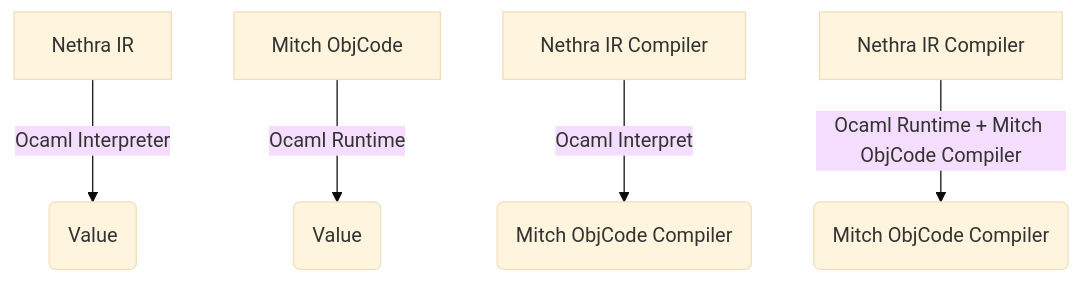
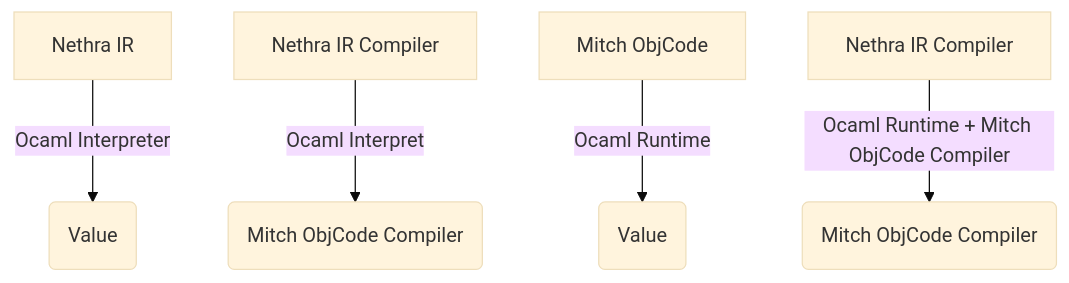
Before and after one commit to ephel-lang/ephel: the diagram in ROADMAP.md, drawn with Mermaid (base theme). The commit also changed other lines of this file, not shown here.

````diff
--- a/ROADMAP.md
+++ b/ROADMAP.md
@@ -5,7 +5,8 @@
 ```mermaid
 flowchart TD
     A[Nethra IR] -->|Ocaml Interpreter| B(Value)
+    E[Nethra IR Compiler] -->|Ocaml Interpret| F(Mitch ObjCode Compiler)
     C[Mitch ObjCode] -->|Ocaml Runtime| D(Value)
-    E[Nethra IR Compiler] -->|Ocaml Interpret| F(Mitch ObjCode Compiler)
     G[Nethra IR Compiler] -->|Ocaml Runtime + Mitch ObjCode Compiler| H(Mitch ObjCode Compiler) 
+    
 ```
````
